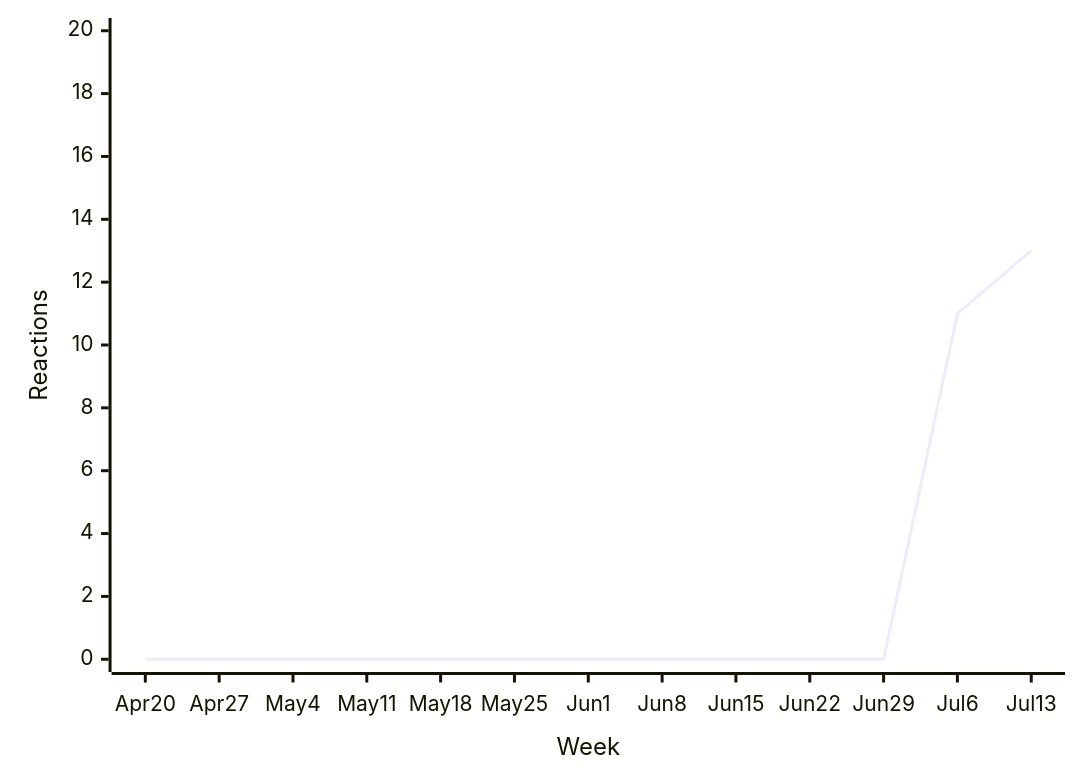
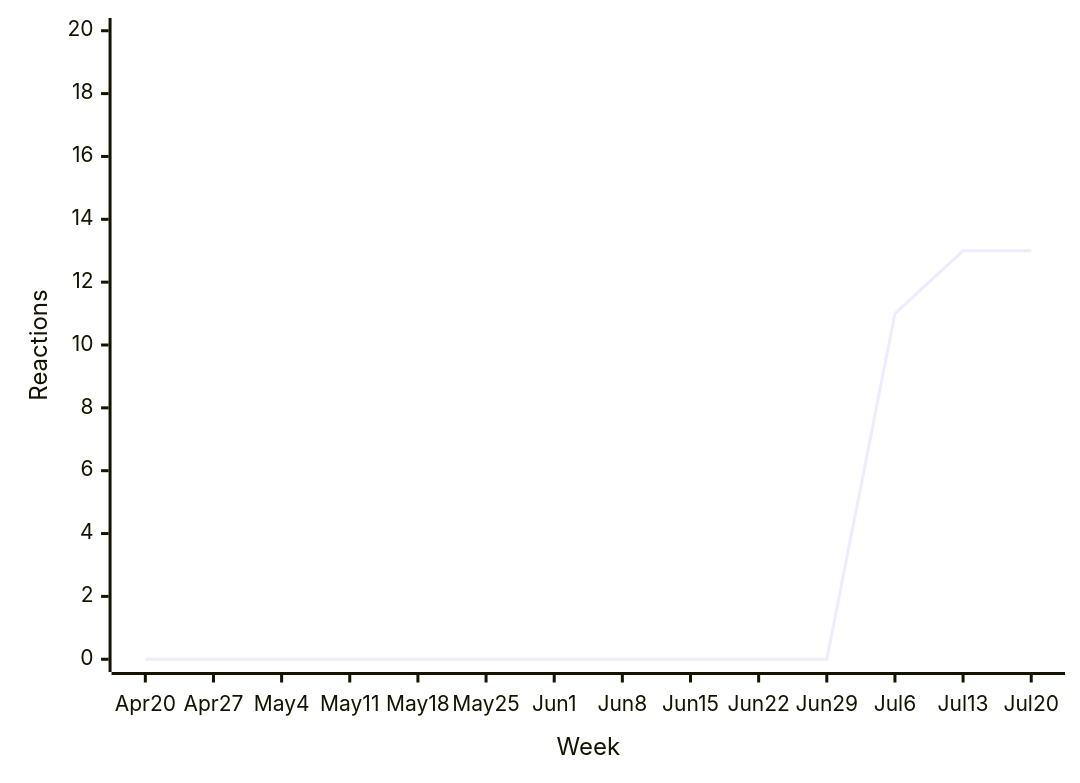
One commit to loic-sharma/github-insights changed diagram 16 of 48 in README.md. Above: the diagram before and after it, drawn with Mermaid. The commit also changed other lines of this file and 3 other files, not shown here.

````diff
--- a/README.md
+++ b/README.md
@@ -594,6 +594,6 @@
   ```mermaid
   xychart-beta
-    x-axis "Week" [Apr 20, Apr 27, May 4, May 11, May 18, May 25, Jun 1, Jun 8, Jun 15, Jun 22, Jun 29, Jul 6, Jul 13]
+    x-axis "Week" [Apr 20, Apr 27, May 4, May 11, May 18, May 25, Jun 1, Jun 8, Jun 15, Jun 22, Jun 29, Jul 6, Jul 13, Jul 20]
     y-axis "Reactions" 0 --> 20
-    line [0, 0, 0, 0, 0, 0, 0, 0, 0, 0, 0, 11, 13]
+    line [0, 0, 0, 0, 0, 0, 0, 0, 0, 0, 0, 11, 13, 13]
   ```
````
